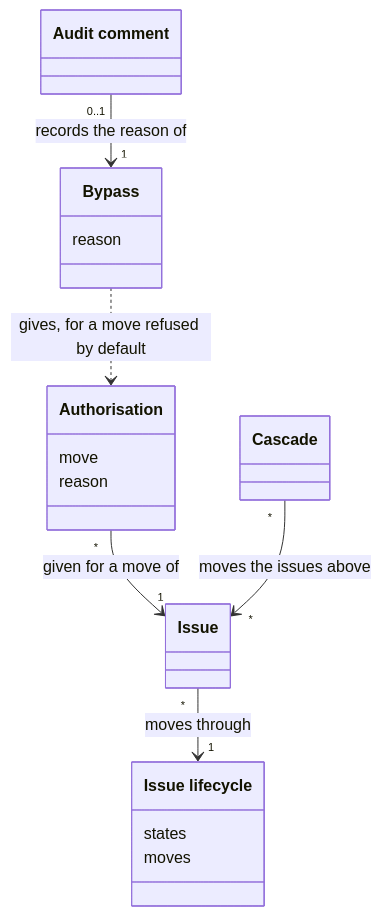
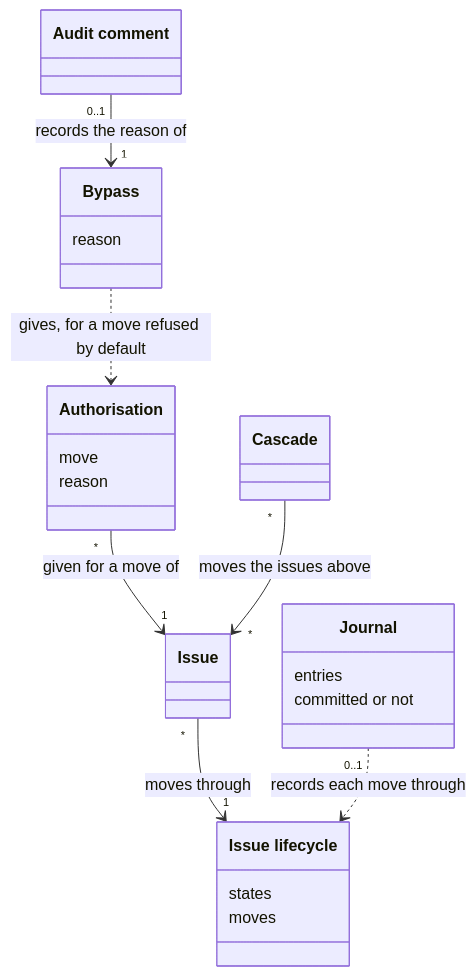
Before and after one commit to aleskalfas/project-kit: the first of 3 diagrams in tech-docs/analysis/project-management/domain-model/030-the-issue-lifecycle.md, drawn with Mermaid. The commit also changed other lines of this file and 25 other files, not shown here.

````diff
--- a/tech-docs/analysis/project-management/domain-model/030-the-issue-lifecycle.md
+++ b/tech-docs/analysis/project-management/domain-model/030-the-issue-lifecycle.md
@@ -37,24 +41,29 @@
 ```mermaid
 classDiagram
   accTitle: The issue lifecycle
-  accDescr: An issue moves through the issue lifecycle's states. A move the lifecycle leaves to a person needs an authorisation, given for that issue, and a bypass gives one for a move refused by default. An audit comment records a bypass's reason. Each move of an issue brings about the cascade on the issues above it.
+  accDescr: An issue moves through the issue lifecycle's states. A move the lifecycle leaves to a person needs an authorisation, given for that issue, and a bypass gives one for a move refused by default. An audit comment records a bypass's reason. Each move of an issue brings about the cascade on the issues above it. Where the project keeps a journal, the journal records each move.
   class IssueLifecycle["Issue lifecycle"] {
     states
     moves
   }
   class Authorisation {
     move
     reason
   }
   class Cascade
   class Bypass {
     reason
   }
   class AuditComment["Audit comment"]
+  class Journal {
+    entries
+    committed or not
+  }
   class Issue
   Issue "*" --> "1" IssueLifecycle : moves through
   Authorisation "*" --> "1" Issue : given for a move of
   Cascade "*" --> "*" Issue : moves the issues above
   Bypass ..> Authorisation : gives, for a move refused by default
   AuditComment "0..1" --> "1" Bypass : records the reason of
+  Journal "0..1" ..> IssueLifecycle : records each move through
 ```
````
